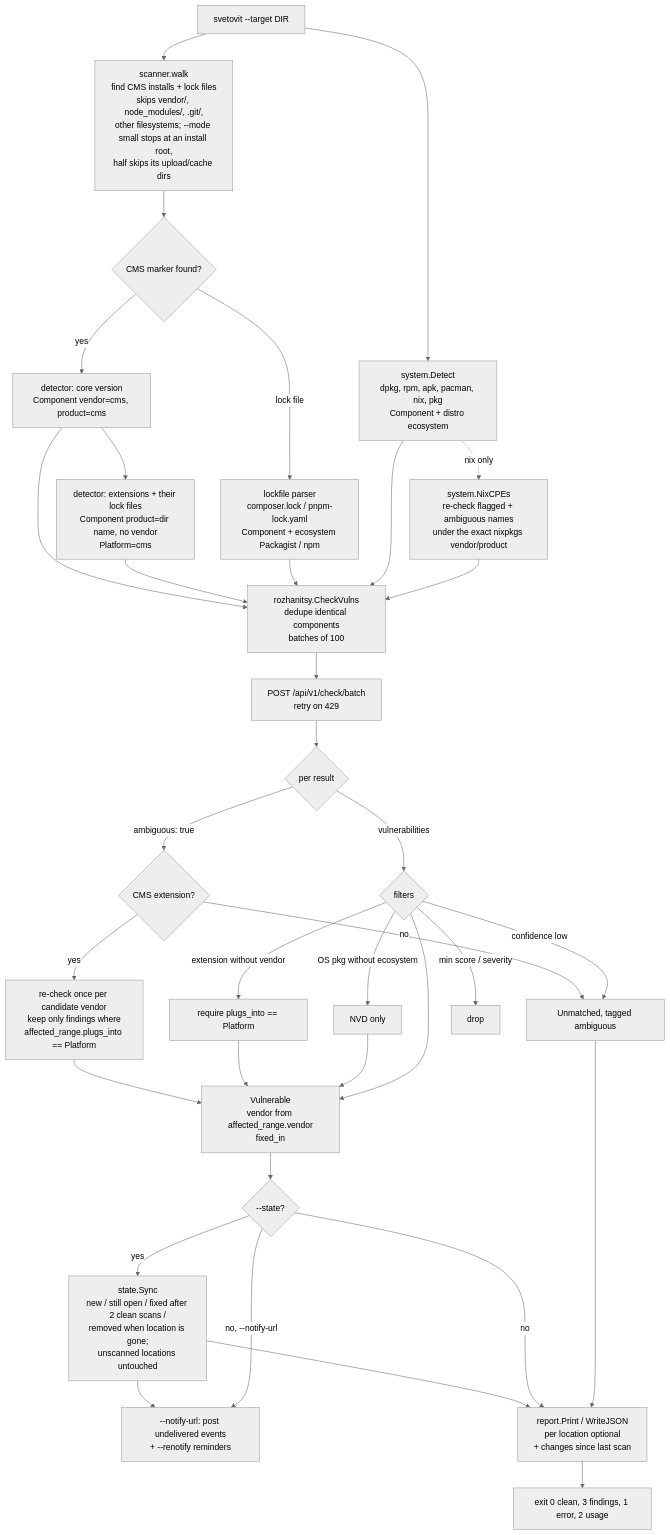
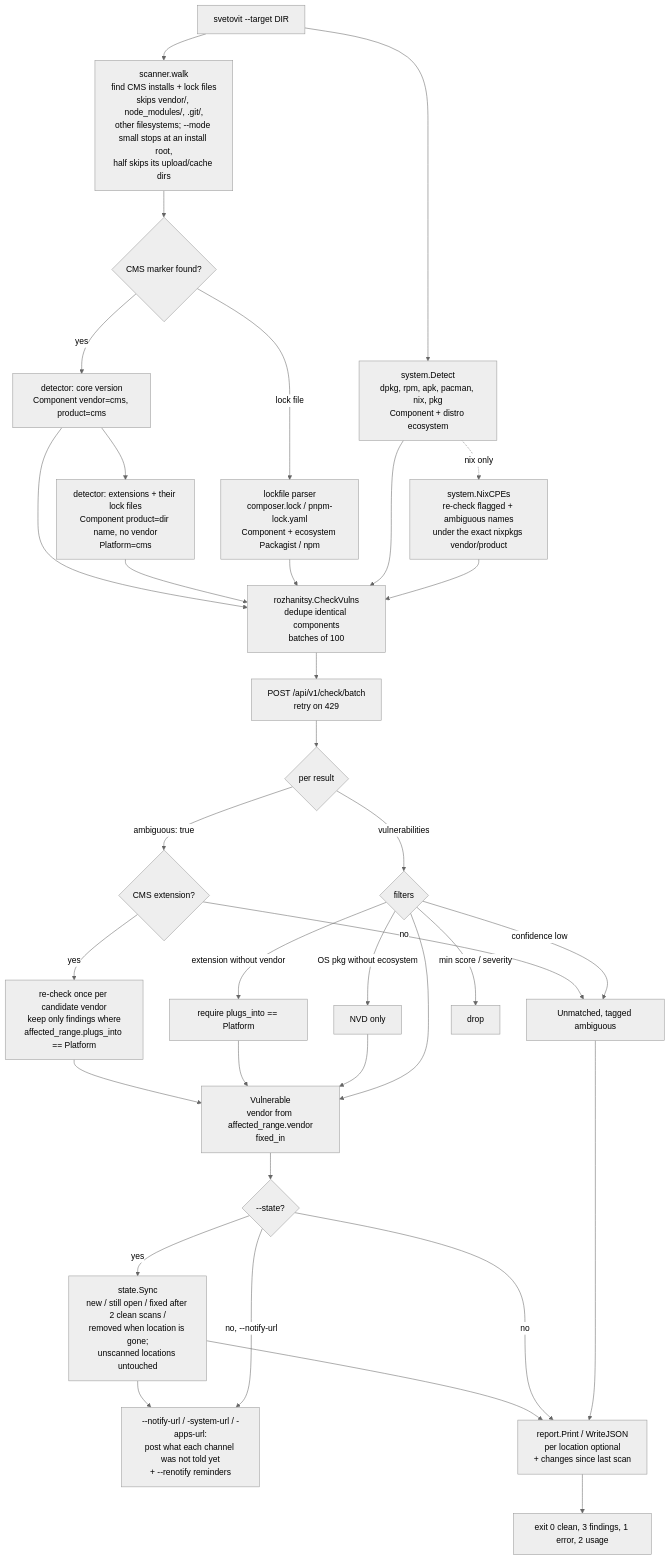
The diagram in docs/flow.md (TadeasDitte/svetovit), drawn with Mermaid (neutral theme) before and after one commit. The commit also changed 9 other files, not shown here.

````diff
--- a/docs/flow.md
+++ b/docs/flow.md
@@ -6,43 +6,43 @@
 ```mermaid
 flowchart TD
     A[svetovit --target DIR] --> B[scanner.walk<br/>find CMS installs + lock files<br/>skips vendor/, node_modules/, .git/,<br/>other filesystems; --mode small stops at an install root,<br/>half skips its upload/cache dirs]
     B --> C{CMS marker found?}
     C -->|yes| D[detector: core version<br/>Component vendor=cms, product=cms]
     D --> E[detector: extensions + their lock files<br/>Component product=dir name, no vendor<br/>Platform=cms]
     C -->|lock file| F[lockfile parser<br/>composer.lock / pnpm-lock.yaml<br/>Component + ecosystem Packagist / npm]
     A --> G[system.Detect<br/>dpkg, rpm, apk, pacman, nix, pkg<br/>Component + distro ecosystem]
 
     D --> H
     E --> H
     F --> H
     G --> H
 
     H[rozhanitsy.CheckVulns<br/>dedupe identical components<br/>batches of 100] --> I[POST /api/v1/check/batch<br/>retry on 429]
     I --> J{per result}
 
     J -->|ambiguous: true| K{CMS extension?}
     K -->|no| U[Unmatched, tagged ambiguous]
     K -->|yes| L[re-check once per candidate vendor<br/>keep only findings where<br/>affected_range.plugs_into == Platform]
     L --> V
 
     J -->|vulnerabilities| M{filters}
     M -->|extension without vendor| N[require plugs_into == Platform]
     M -->|OS pkg without ecosystem| O[NVD only]
     M -->|confidence low| U
     M -->|min score / severity| P[drop]
     N --> V
     O --> V
     M --> V[Vulnerable<br/>vendor from affected_range.vendor<br/>fixed_in]
 
     G -. nix only .-> Q[system.NixCPEs<br/>re-check flagged + ambiguous names<br/>under the exact nixpkgs vendor/product]
     Q --> H
 
     V --> T{--state?}
     T -->|yes| W[state.Sync<br/>new / still open / fixed after 2 clean scans /<br/>removed when location is gone;<br/>unscanned locations untouched]
-    W --> X[--notify-url: post undelivered events<br/>+ --renotify reminders]
+    W --> X[--notify-url / -system-url / -apps-url:<br/>post what each channel was not told yet<br/>+ --renotify reminders]
     T -->|no, --notify-url| X
     W --> R[report.Print / WriteJSON<br/>per location optional<br/>+ changes since last scan]
     T -->|no| R
     U --> R
     R --> S[exit 0 clean, 3 findings, 1 error, 2 usage]
 ```
````
